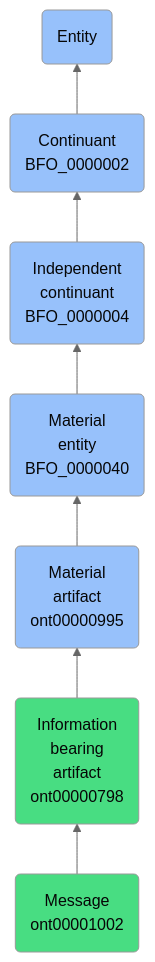
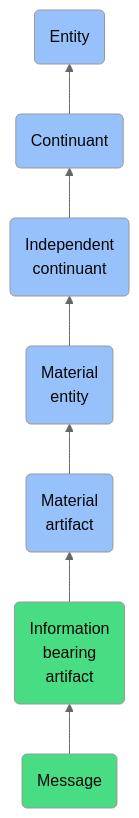
The diagram in docs/ontology/reference/model/Entity/Continuant/Independent continuant/Material entity/Material artifact/Information bearing artifact/Message/Message.md (jupyter-naas/abi), drawn with Mermaid (neutral theme) before and after one commit. The commit also changed other lines of this file and 1430 other files, not shown here.

````diff
--- a/docs/ontology/reference/model/Entity/Continuant/Independent continuant/Material entity/Material artifact/Information bearing artifact/Message/Message.md
+++ b/docs/ontology/reference/model/Entity/Continuant/Independent continuant/Material entity/Material artifact/Information bearing artifact/Message/Message.md
@@ -24,14 +24,14 @@
 ```mermaid
 graph BT
-    ont00001002(Message<br>ont00001002):::ABI-->ont00000798
-    ont00000798(Information<br>bearing<br>artifact<br>ont00000798):::ABI-->ont00000995
-    ont00000995(Material<br>artifact<br>ont00000995):::BFO-->BFO_0000040
-    BFO_0000040(Material<br>entity<br>BFO_0000040):::BFO-->BFO_0000004
-    BFO_0000004(Independent<br>continuant<br>BFO_0000004):::BFO-->BFO_0000002
-    BFO_0000002(Continuant<br>BFO_0000002):::BFO-->BFO_0000001
+    ont00001002(Message):::ABI-->ont00000798
+    ont00000798(Information<br>bearing<br>artifact):::ABI-->ont00000995
+    ont00000995(Material<br>artifact):::BFO-->BFO_0000040
+    BFO_0000040(Material<br>entity):::BFO-->BFO_0000004
+    BFO_0000004(Independent<br>continuant):::BFO-->BFO_0000002
+    BFO_0000002(Continuant):::BFO-->BFO_0000001
     BFO_0000001(Entity):::BFO
     
     classDef BFO fill:#97c1fb,color:#060606
     classDef CCO fill:#e4c51e,color:#060606
     classDef ABI fill:#48DD82,color:#060606
 ```
````
